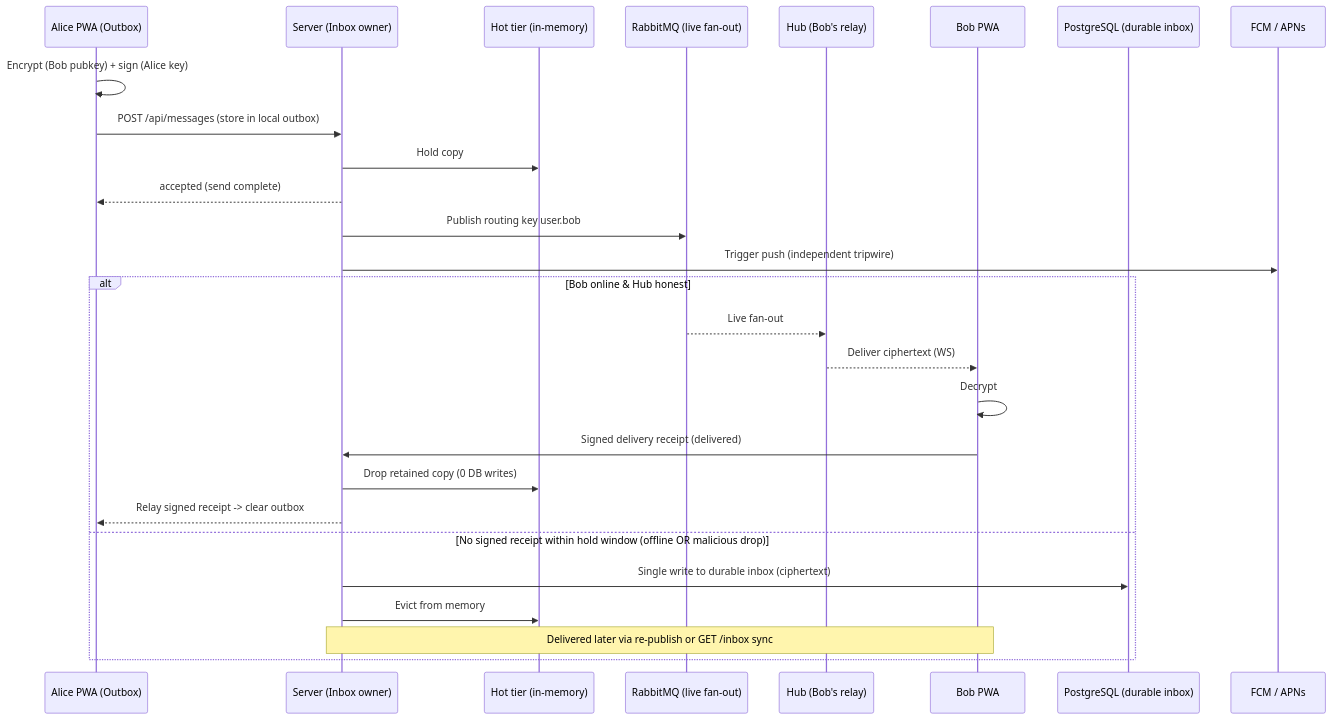
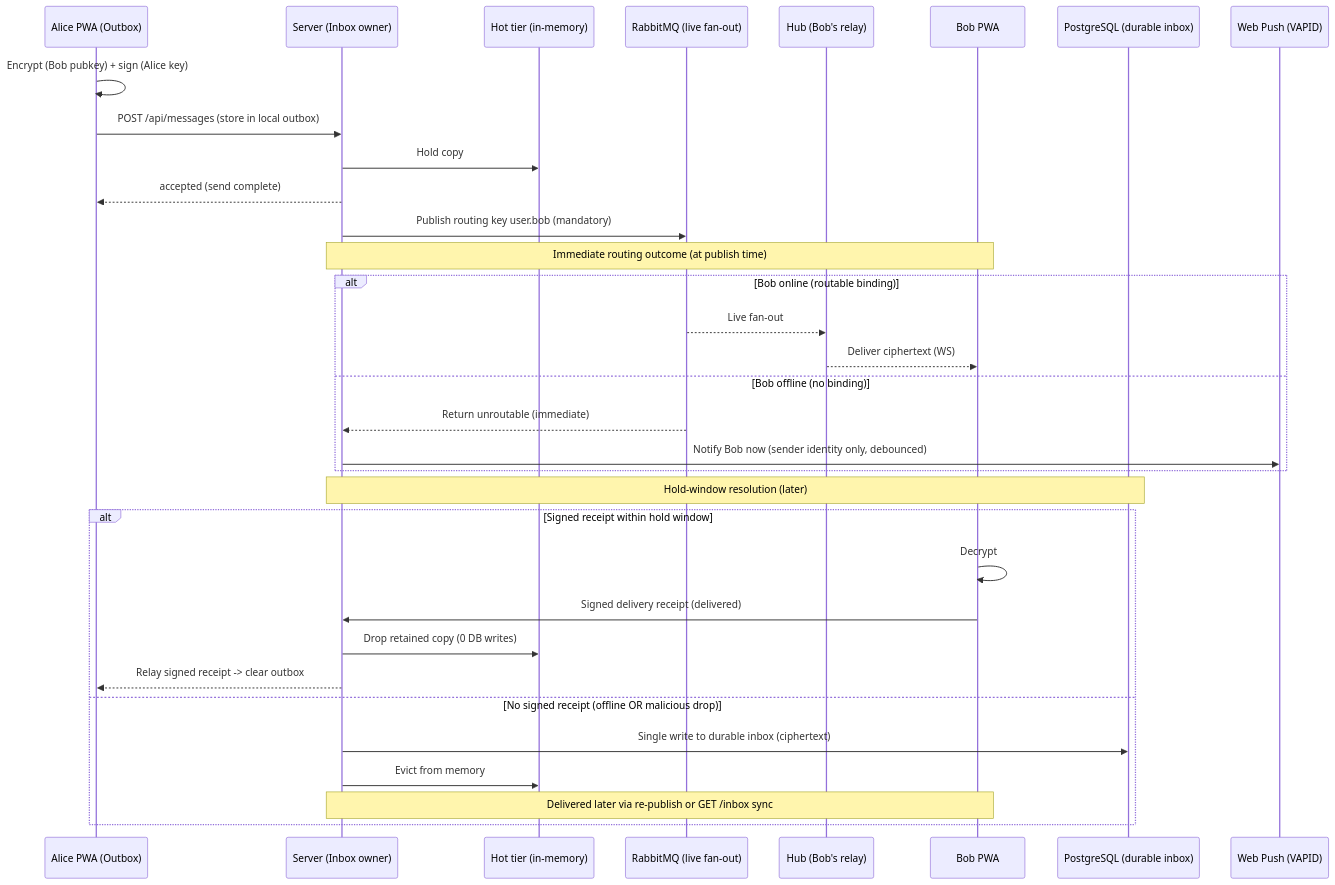
One commit to olshanskyev/fourletters-meta changed the fourth of 7 diagrams in doc/ARCHITECTURE.md. Above: the diagram before and after it, drawn with Mermaid. The commit also changed other lines of this file and 4 other files, not shown here.

````diff
--- a/doc/ARCHITECTURE.md
+++ b/doc/ARCHITECTURE.md
@@ -131,31 +131,38 @@
 ```mermaid
 sequenceDiagram
     participant Alice as Alice PWA (Outbox)
     participant Server as Server (Inbox owner)
     participant Hot as Hot tier (in-memory)
     participant MQ as RabbitMQ (live fan-out)
     participant Hub as Hub (Bob's relay)
     participant Bob as Bob PWA
     participant DB as PostgreSQL (durable inbox)
-    participant Push as FCM / APNs
+    participant Push as Web Push (VAPID)
 
     Alice->>Alice: Encrypt (Bob pubkey) + sign (Alice key)
     Alice->>Server: POST /api/messages (store in local outbox)
     Server->>Hot: Hold copy
     Server-->>Alice: accepted (send complete)
-    Server->>MQ: Publish routing key user.bob
-    Server->>Push: Trigger push (independent tripwire)
+    Server->>MQ: Publish routing key user.bob (mandatory)
 
-    alt Bob online & Hub honest
+    Note over Server,Bob: Immediate routing outcome (at publish time)
+    alt Bob online (routable binding)
         MQ-->>Hub: Live fan-out
         Hub-->>Bob: Deliver ciphertext (WS)
+    else Bob offline (no binding)
+        MQ-->>Server: Return unroutable (immediate)
+        Server->>Push: Notify Bob now (sender identity only, debounced)
+    end
+
+    Note over Server,DB: Hold-window resolution (later)
+    alt Signed receipt within hold window
         Bob->>Bob: Decrypt
         Bob->>Server: Signed delivery receipt (delivered)
         Server->>Hot: Drop retained copy (0 DB writes)
         Server-->>Alice: Relay signed receipt -> clear outbox
-    else No signed receipt within hold window (offline OR malicious drop)
+    else No signed receipt (offline OR malicious drop)
         Server->>DB: Single write to durable inbox (ciphertext)
         Server->>Hot: Evict from memory
         Note over Bob,Server: Delivered later via re-publish or GET /inbox sync
     end
 ```
````
